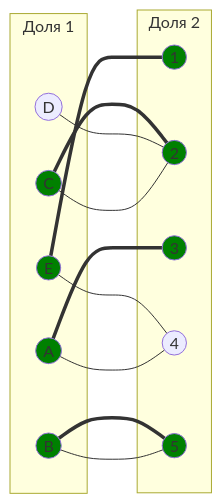
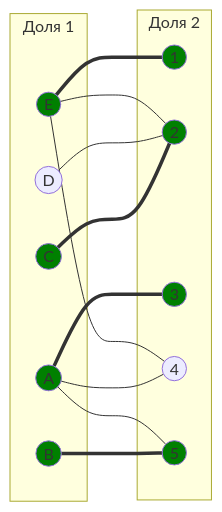
One commit to algos-ris-24-5/manual-tasks changed the fifth of 11 diagrams in Задание 8/DIVI.md. Above: the diagram before and after it, drawn with Mermaid. The commit also changed other lines of this file, not shown here.

````diff
--- a/Задание 8/DIVI.md
+++ b/Задание 8/DIVI.md
@@ -195,35 +170,35 @@
 ```mermaid
 graph LR
     subgraph "Доля 1"
         A((A))
         B((B))
         C((C))
         D((D))
         E((E))
     end
     subgraph "Доля 2"
         1((1))
         2((2))
         3((3))
         4((4))
         5((5))
     end
+    A === 3
     A --- 4
-    B --- 5
-    C --- 2
-    D --- 2
-    E --- 4
-    A === 3
     B === 5
     C === 2
+    D --- 2
     E === 1
+    E --- 4
+    A --- 5
+    E --- 2
     
     style A fill:#008000
+    style E fill:#008000
     style B fill:#008000
     style C fill:#008000
-    style E fill:#008000
     style 1 fill:#008000
     style 2 fill:#008000
     style 3 fill:#008000
     style 5 fill:#008000
 ```
````
